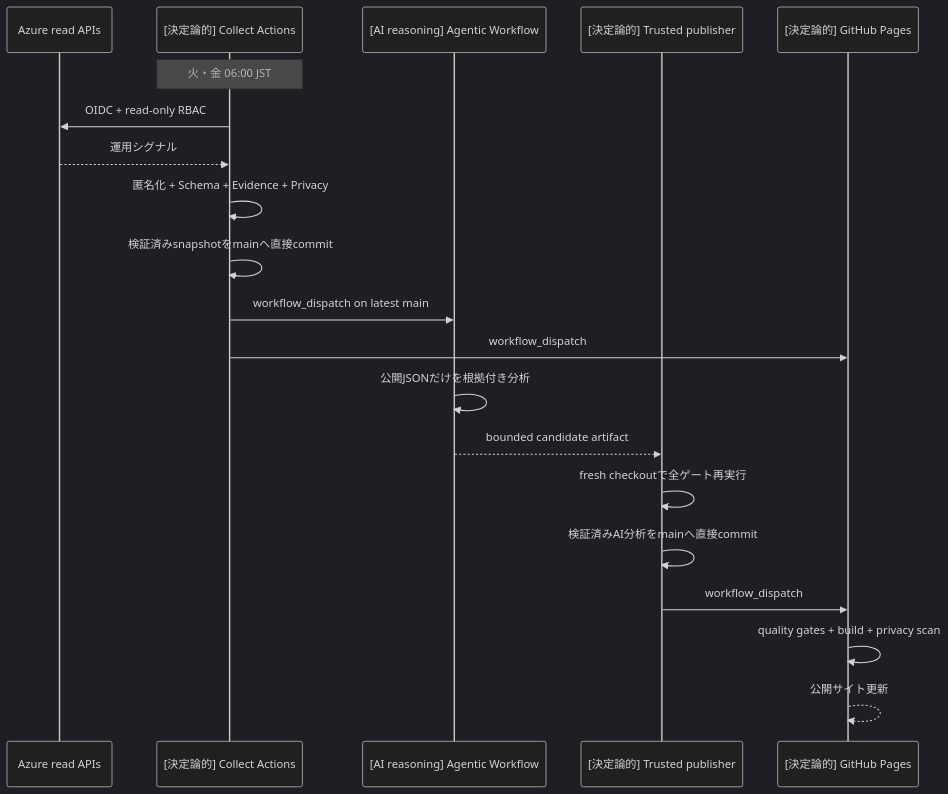
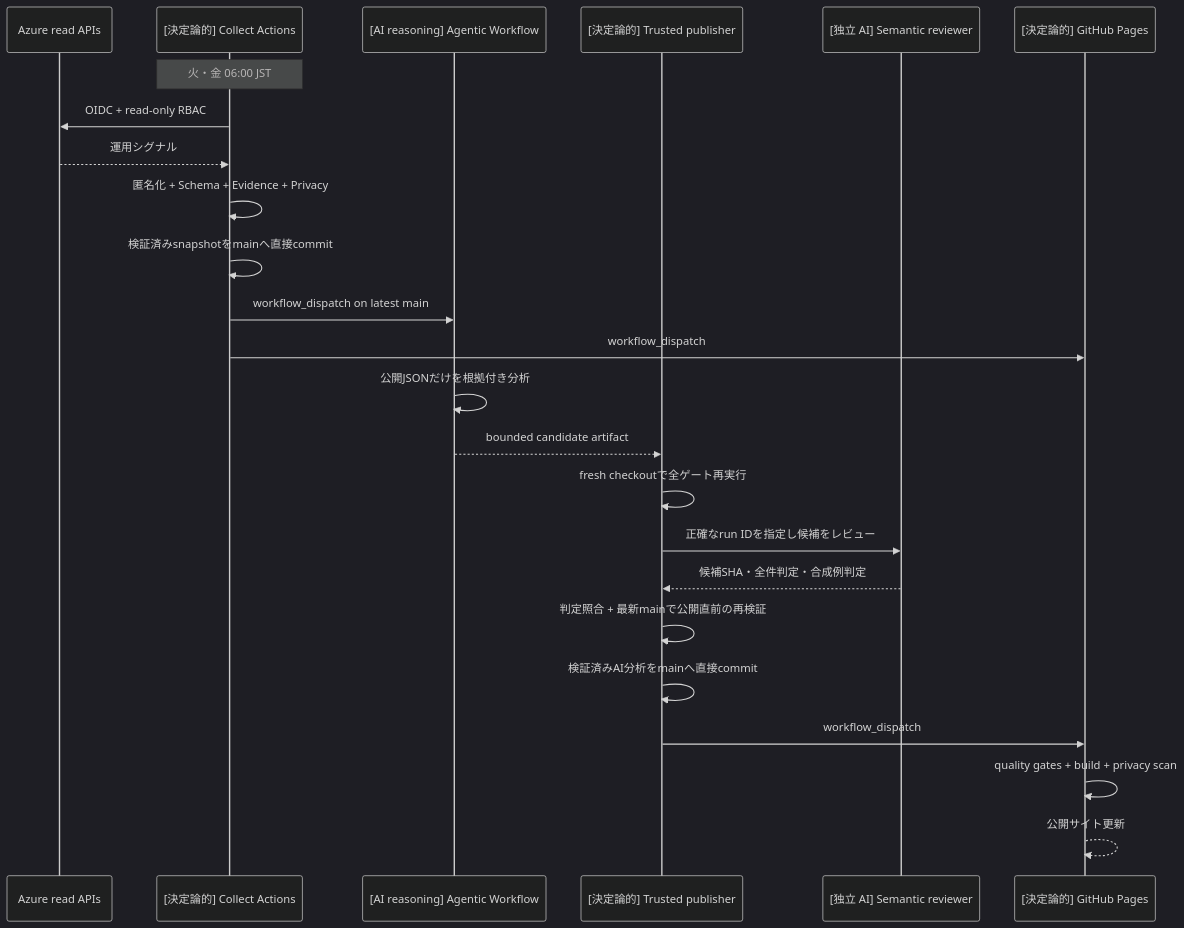
The diagram in README.md (aktsmm/azure-ops-pulse-demo), drawn with Mermaid (dark theme) before and after one commit. The commit also changed other lines of this file and 20 other files, not shown here.

Commit message:
Require calibrated semantic review before insight publication (#41)

````diff
--- a/README.md
+++ b/README.md
@@ -72,23 +94,27 @@
 ```mermaid
 sequenceDiagram
   participant Azure as Azure read APIs
   participant Collect as [決定論的] Collect Actions
   participant Agent as [AI reasoning] Agentic Workflow
   participant Publish as [決定論的] Trusted publisher
+  participant Review as [独立 AI] Semantic reviewer
   participant Pages as [決定論的] GitHub Pages
 
   Note over Collect: 火・金 06:00 JST
   Collect->>Azure: OIDC + read-only RBAC
   Azure-->>Collect: 運用シグナル
   Collect->>Collect: 匿名化 + Schema + Evidence + Privacy
   Collect->>Collect: 検証済みsnapshotをmainへ直接commit
   Collect->>Agent: workflow_dispatch on latest main
   Collect->>Pages: workflow_dispatch
   Agent->>Agent: 公開JSONだけを根拠付き分析
   Agent-->>Publish: bounded candidate artifact
   Publish->>Publish: fresh checkoutで全ゲート再実行
+  Publish->>Review: 正確なrun IDを指定し候補をレビュー
+  Review-->>Publish: 候補SHA・全件判定・合成例判定
+  Publish->>Publish: 判定照合 + 最新mainで公開直前の再検証
   Publish->>Publish: 検証済みAI分析をmainへ直接commit
   Publish->>Pages: workflow_dispatch
   Pages->>Pages: quality gates + build + privacy scan
   Pages-->>Pages: 公開サイト更新
 ```
````
